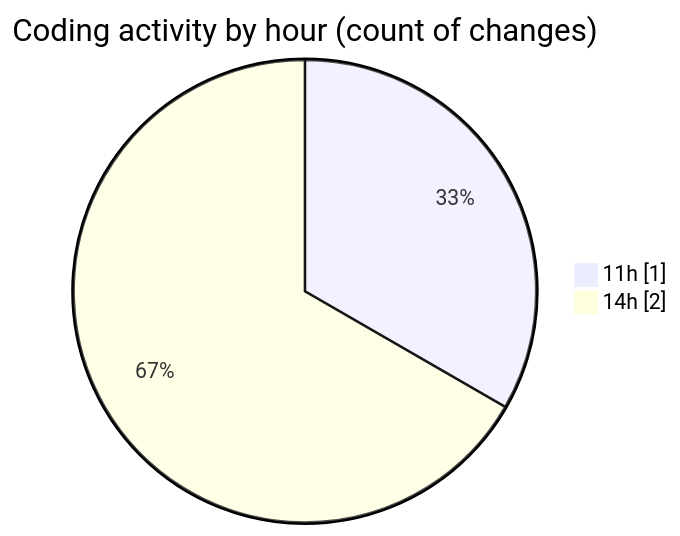
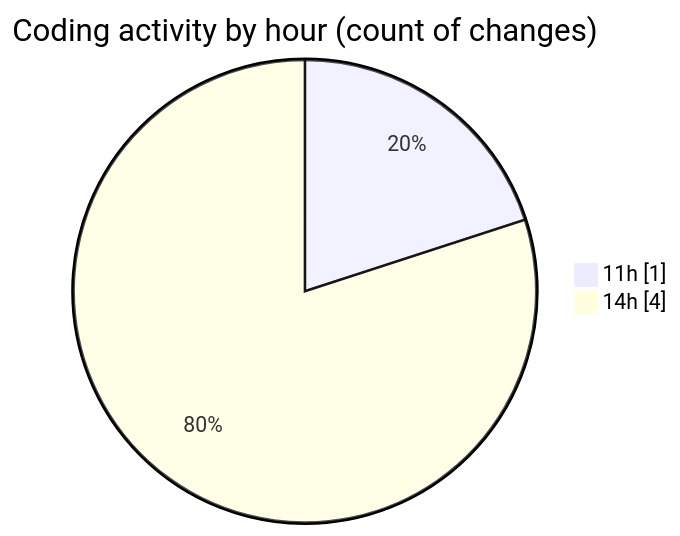
One commit to igalym/code-tracking changed the second of 2 diagrams in 2025-12-29/budget_front_nest/README.md. Above: the diagram before and after it, drawn with Mermaid. The commit also changed other lines of this file and 1 other file, not shown here.

````diff
--- a/2025-12-29/budget_front_nest/README.md
+++ b/2025-12-29/budget_front_nest/README.md
@@ -30,6 +30,6 @@
 ```mermaid
 pie showData
 title Coding activity by hour (count of changes)
 "11h" : 1
-"14h" : 2
+"14h" : 4
 ```
````
